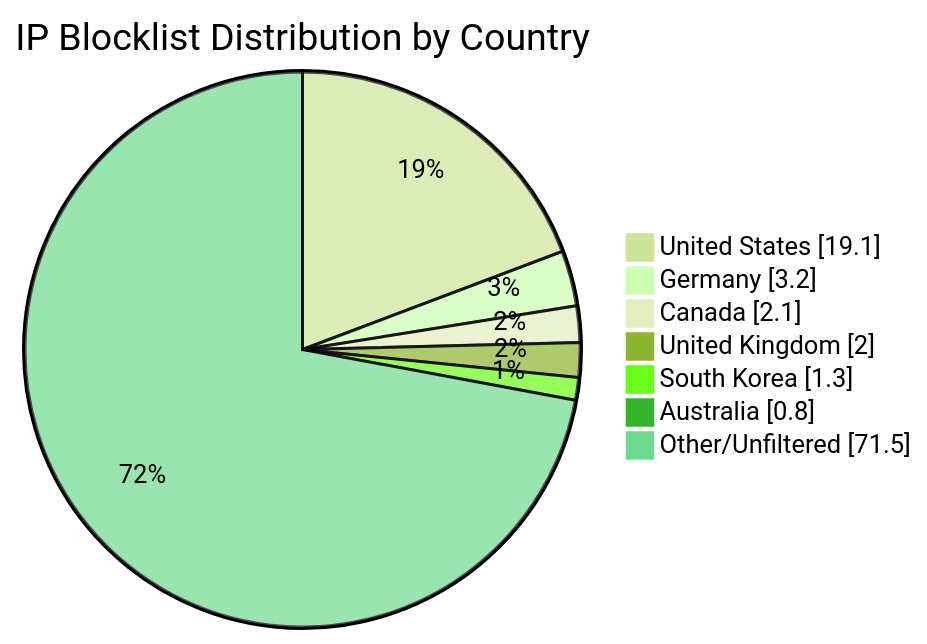
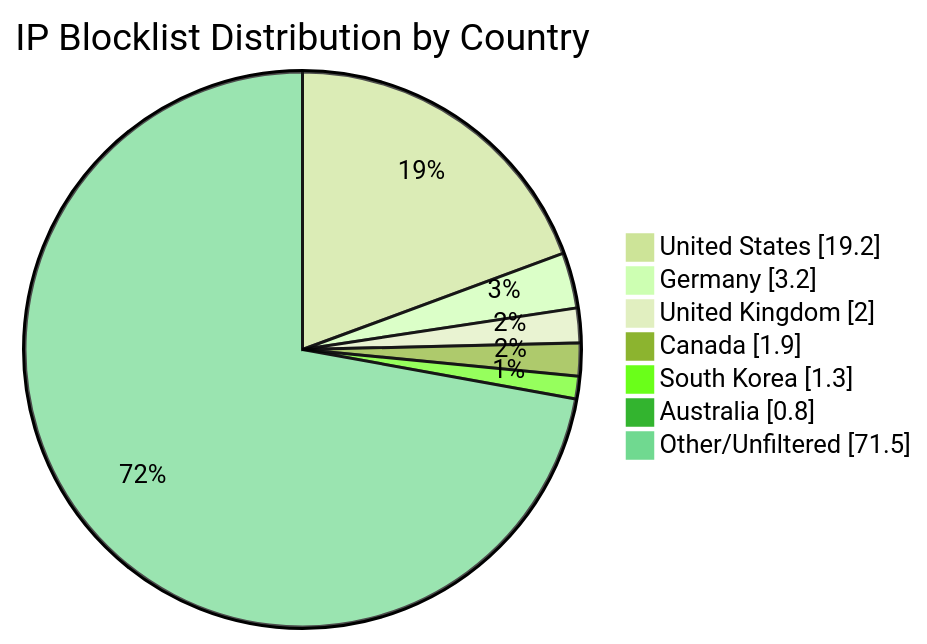
One commit to MarcusHoltz/ipblocklist-geofiltered-aggregator changed the diagram in README.md. Above: the diagram before and after it, drawn with Mermaid (forest theme). The commit also changed other lines of this file and 9 other files, not shown here.

````diff
--- a/README.md
+++ b/README.md
@@ -34,10 +34,10 @@
 ```mermaid
 pie showData title IP Blocklist Distribution by Country
-"United States" : 19.1
+"United States" : 19.2
 "Germany" : 3.2
-"Canada" : 2.1
 "United Kingdom" : 2.0
+"Canada" : 1.9
 "South Korea" : 1.3
 "Australia" : 0.8
 "Other/Unfiltered" : 71.5
 ```
````
